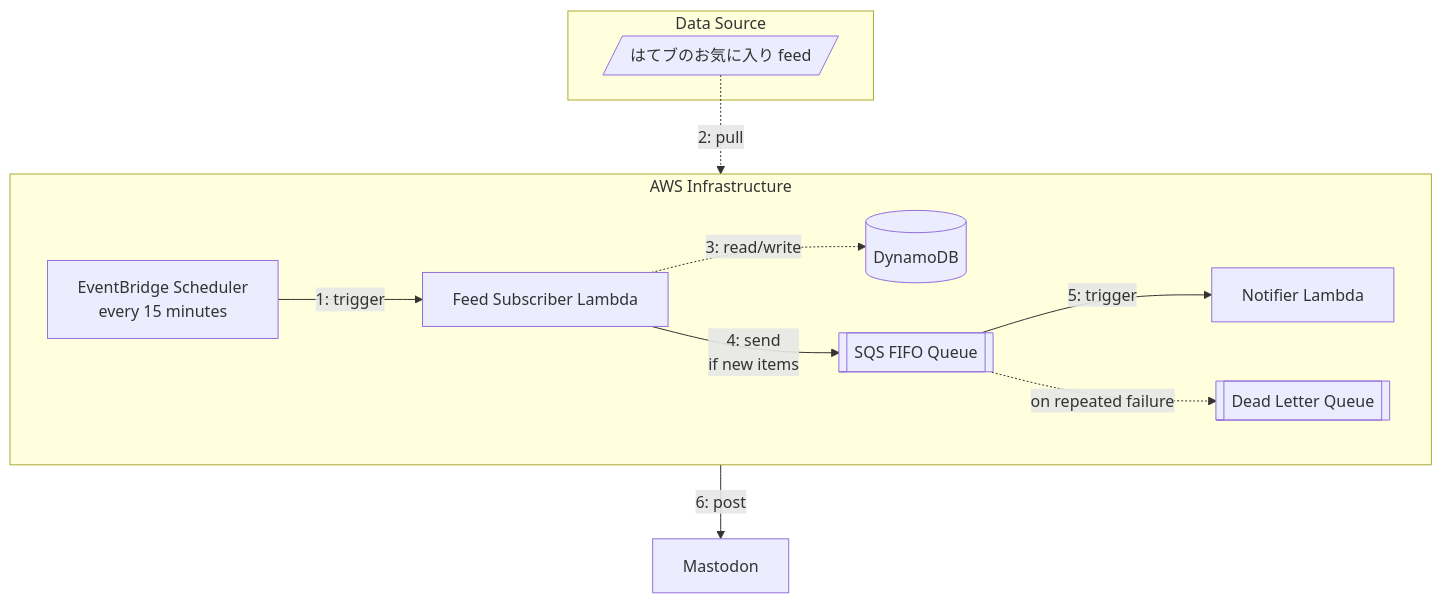
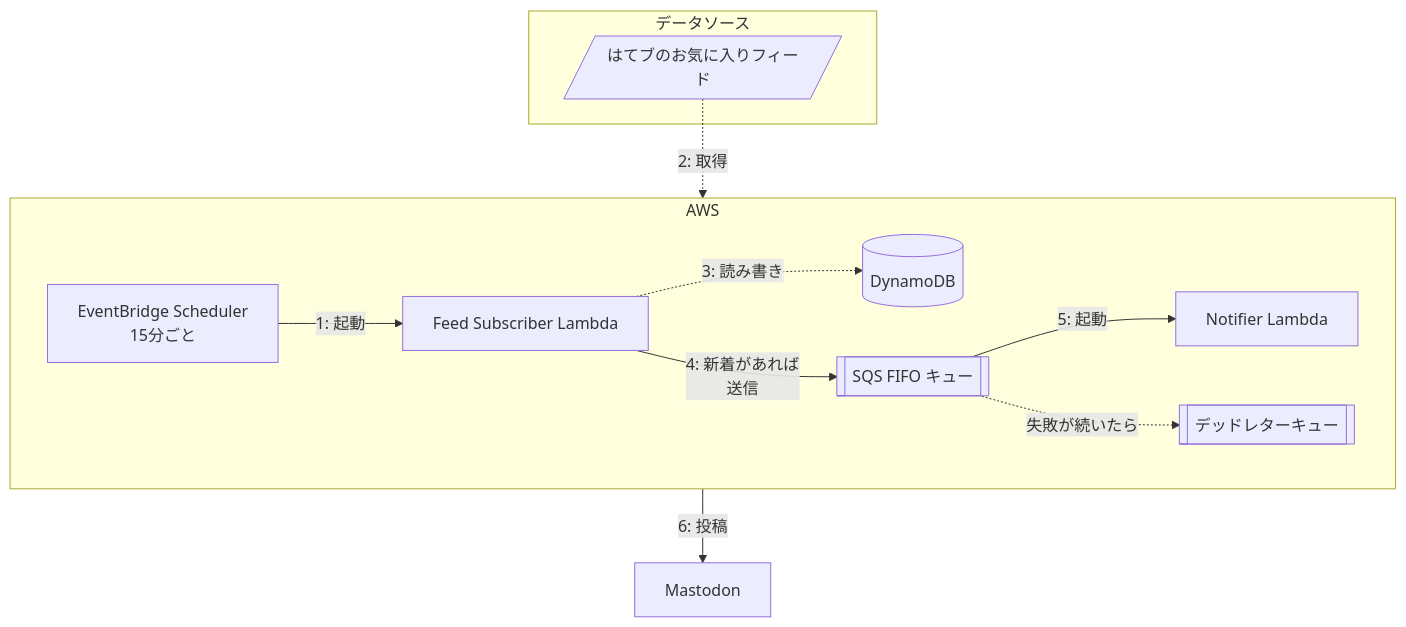
The second of 2 diagrams in README.md (masutaka/masutaka-feed), drawn with Mermaid before and after one commit. The commit also changed other lines of this file and 1 other file, not shown here.

````diff
--- a/README.md
+++ b/README.md
@@ -42,20 +42,20 @@
 ```mermaid
 graph TD
-    subgraph "Data Source"
-        A[/はてブのお気に入り feed/]
+    subgraph "データソース"
+        A[/はてブのお気に入りフィード/]
     end
 
-    subgraph "AWS Infrastructure"
+    subgraph "AWS"
         direction LR
-        G[EventBridge Scheduler<br/>every 15 minutes] -->|1: trigger| H[Feed Subscriber Lambda]
-        H -.->|3: read/write| I[(DynamoDB)]
-        H -->|4: send<br/>if new items| Q[[SQS FIFO Queue]]
-        Q -->|5: trigger| D[Notifier Lambda]
-        Q -.->|on repeated failure| X[[Dead Letter Queue]]
+        G[EventBridge Scheduler<br/>15分ごと] -->|1: 起動| H[Feed Subscriber Lambda]
+        H -.->|3: 読み書き| I[(DynamoDB)]
+        H -->|4: 新着があれば<br/>送信| Q[[SQS FIFO キュー]]
+        Q -->|5: 起動| D[Notifier Lambda]
+        Q -.->|失敗が続いたら| X[[デッドレターキュー]]
     end
 
     E[Mastodon]
 
-    A -.->|2: pull| H
-    D -->|6: post| E
+    A -.->|2: 取得| H
+    D -->|6: 投稿| E
 ```
````
